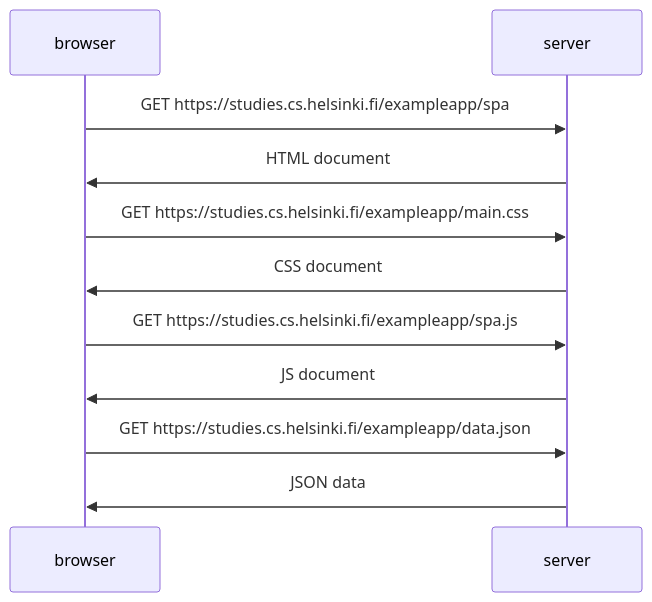
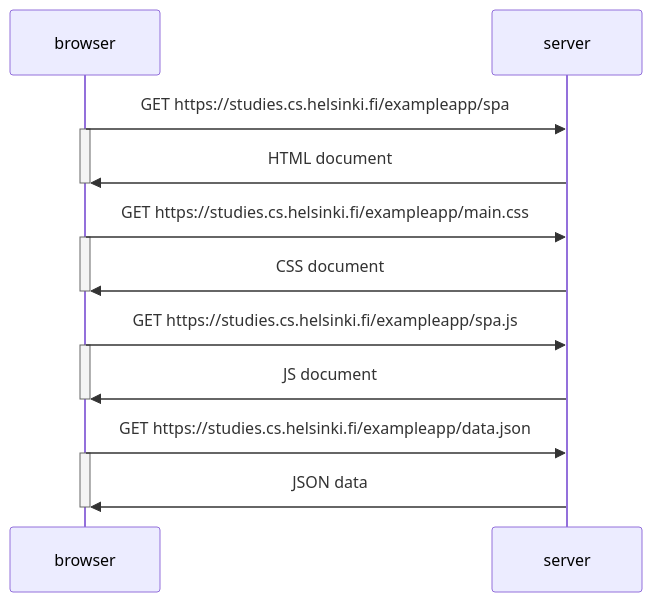
The diagram in part0/05.md (michielvissenberg/fullstack_course), drawn with Mermaid before and after one commit.

````diff
--- a/part0/05.md
+++ b/part0/05.md
@@ -2,13 +2,22 @@
 ```mermaid
 sequenceDiagram
     participant browser;
     participant server;
+    
     browser ->> server: GET https://studies.cs.helsinki.fi/exampleapp/spa;
+    activate browser;
     server ->> browser: HTML document;
+    deactivate browser;
     browser ->> server: GET https://studies.cs.helsinki.fi/exampleapp/main.css;
+    activate browser;
     server ->> browser: CSS document;
+    deactivate browser;
     browser ->> server: GET https://studies.cs.helsinki.fi/exampleapp/spa.js;
+    activate browser;
     server ->> browser: JS document;
+    deactivate browser;
     browser ->> server: GET https://studies.cs.helsinki.fi/exampleapp/data.json;
+    activate browser;
     server ->> browser: JSON data;
+    deactivate browser;
 ```
````
